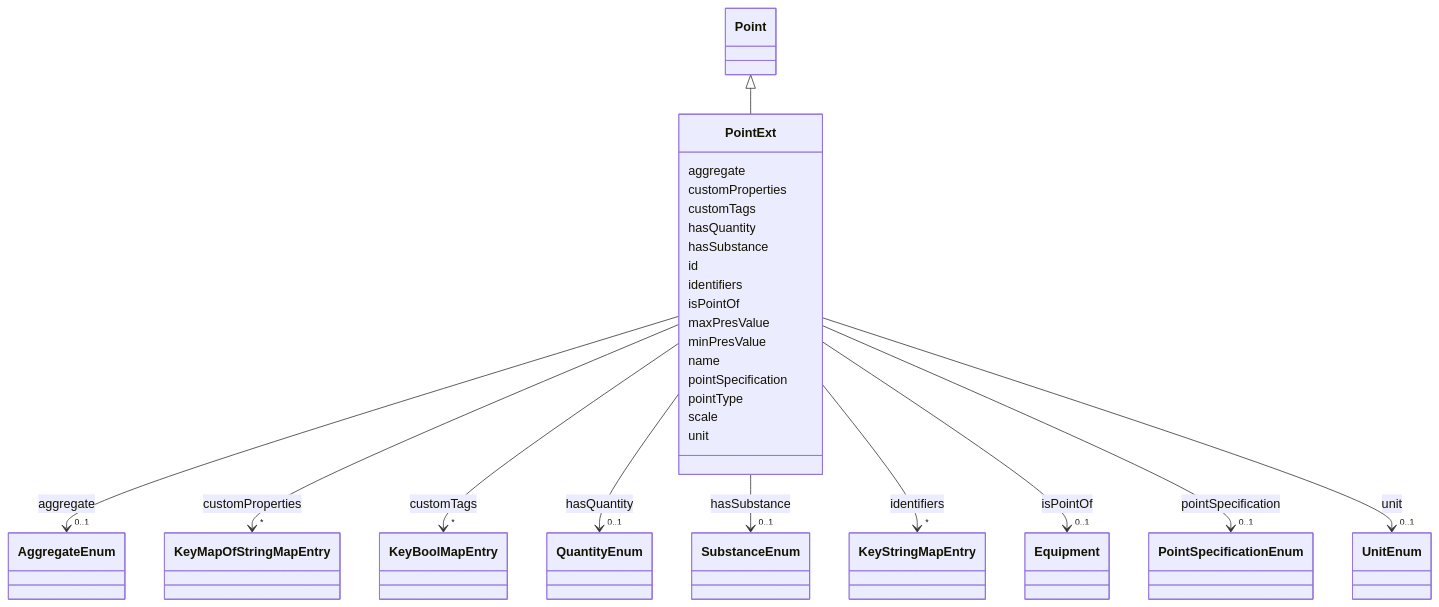
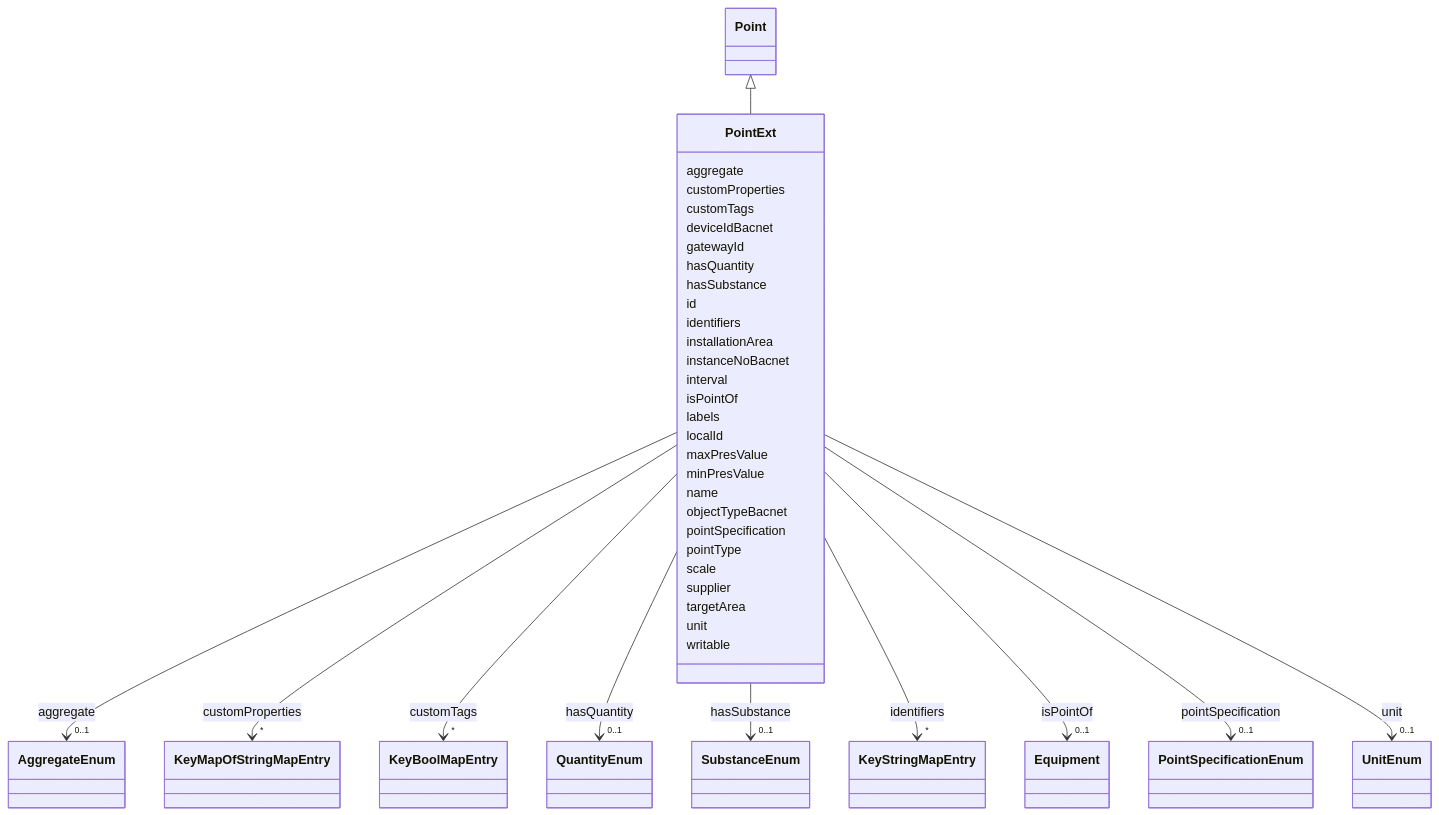
One commit to smartbuilding-co-creation-organization/smartbuilding_datamodels changed the diagram in docs/PointExt.md. Above: the diagram before and after it, drawn with Mermaid. The commit also changed other lines of this file and 89 other files, not shown here.

First line of the commit message:
Add missing point list fields to PointExt data model

````diff
--- a/docs/PointExt.md
+++ b/docs/PointExt.md
@@ -55,6 +55,10 @@
     
 
         
+      PointExt : deviceIdBacnet
+        
+      PointExt : gatewayId
+        
       PointExt : hasQuantity
         
           
@@ -90,6 +94,12 @@
     
 
         
+      PointExt : installationArea
+        
+      PointExt : instanceNoBacnet
+        
+      PointExt : interval
+        
       PointExt : isPointOf
         
           
@@ -101,11 +111,17 @@
     
 
         
+      PointExt : labels
+        
+      PointExt : localId
+        
       PointExt : maxPresValue
         
       PointExt : minPresValue
         
       PointExt : name
+        
+      PointExt : objectTypeBacnet
         
       PointExt : pointSpecification
         
@@ -122,6 +138,10 @@
         
       PointExt : scale
         
+      PointExt : supplier
+        
+      PointExt : targetArea
+        
       PointExt : unit
         
           
@@ -133,5 +153,7 @@
     
 
         
+      PointExt : writable
+        
       
 ```
````
